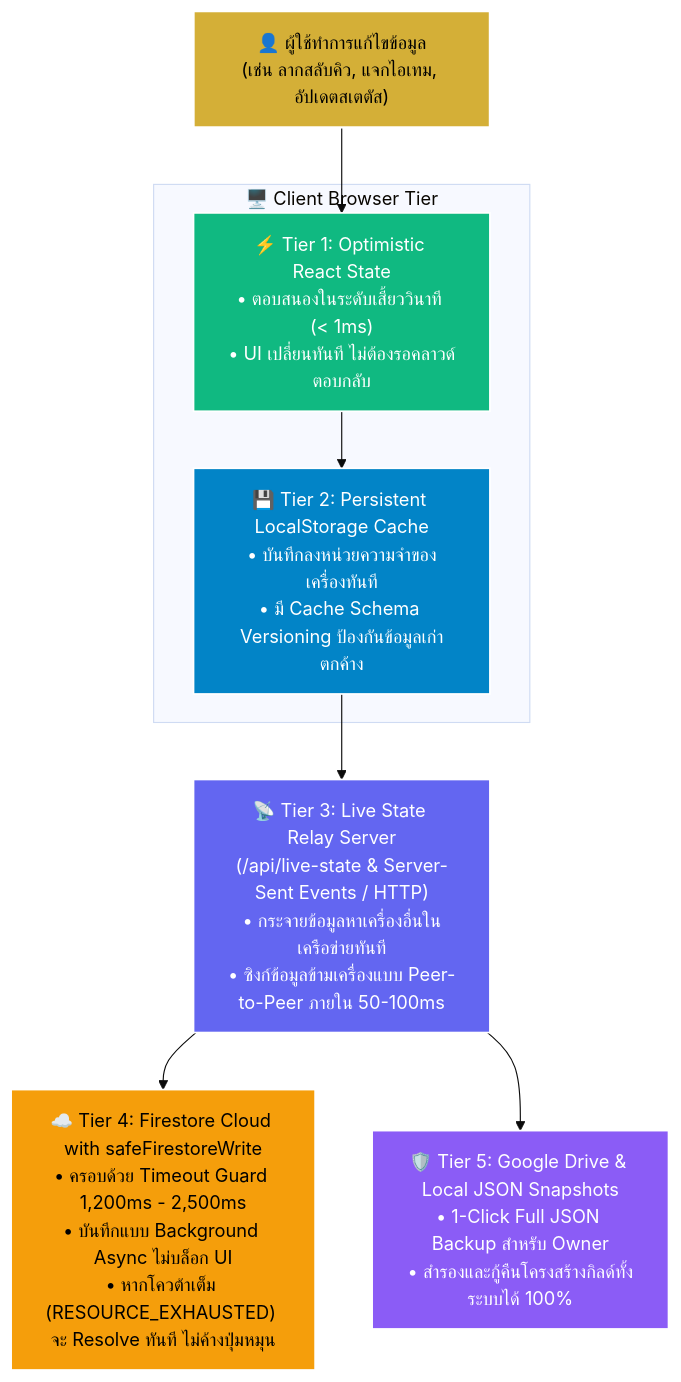
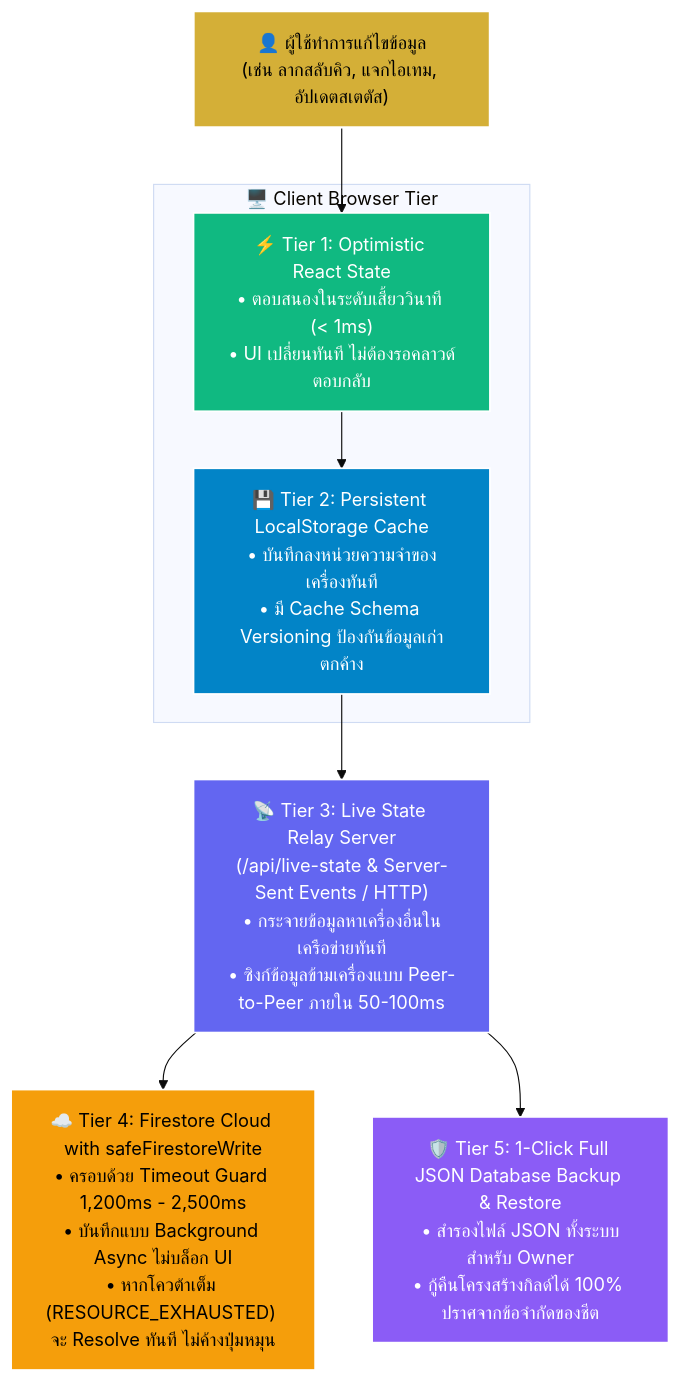
The diagram in ARCHITECTURE.md (tinnakornid2/lineage2m-k7-item-vault), drawn with Mermaid (base theme) before and after one commit. The commit also changed other lines of this file and 9 other files, not shown here.

Commit message:
refactor(backup): decouple Google Sheets and transition to pure Live Relay and JSON backup, bump v2.10.60

````diff
--- a/ARCHITECTURE.md
+++ b/ARCHITECTURE.md
@@ -12,22 +12,22 @@
 ```mermaid
 flowchart TD
     UserAction["👤 ผู้ใช้ทำการแก้ไขข้อมูล\n(เช่น ลากสลับคิว, แจกไอเทม, อัปเดตสเตตัส)"] --> Tier1
 
     subgraph Browser["🖥️ Client Browser Tier"]
         Tier1["⚡ Tier 1: Optimistic React State\n• ตอบสนองในระดับเสี้ยววินาที (< 1ms)\n• UI เปลี่ยนทันที ไม่ต้องรอคลาวด์ตอบกลับ"]
         Tier1 --> Tier2["💾 Tier 2: Persistent LocalStorage Cache\n• บันทึกลงหน่วยความจำของเครื่องทันที\n• มี Cache Schema Versioning ป้องกันข้อมูลเก่าตกค้าง"]
     end
 
     Tier2 --> Tier3["📡 Tier 3: Live State Relay Server\n(/api/live-state & Server-Sent Events / HTTP)\n• กระจายข้อมูลหาเครื่องอื่นในเครือข่ายทันที\n• ซิงก์ข้อมูลข้ามเครื่องแบบ Peer-to-Peer ภายใน 50-100ms"]
 
     Tier3 --> Tier4["☁️ Tier 4: Firestore Cloud with safeFirestoreWrite\n• ครอบด้วย Timeout Guard 1,200ms - 2,500ms\n• บันทึกแบบ Background Async ไม่บล็อก UI\n• หากโควต้าเต็ม (RESOURCE_EXHAUSTED) จะ Resolve ทันที ไม่ค้างปุ่มหมุน"]
 
-    Tier3 --> Tier5["🛡️ Tier 5: Google Drive & Local JSON Snapshots\n• 1-Click Full JSON Backup สำหรับ Owner\n• สำรองและกู้คืนโครงสร้างกิลด์ทั้งระบบได้ 100%"]
+    Tier3 --> Tier5["🛡️ Tier 5: 1-Click Full JSON Database Backup & Restore\n• สำรองไฟล์ JSON ทั้งระบบสำหรับ Owner\n• กู้คืนโครงสร้างกิลด์ได้ 100% ปราศจากข้อจำกัดของชีต"]
 
     style UserAction fill:#d4af37,stroke:#fff,stroke-width:2px,color:#000
     style Tier1 fill:#10b981,stroke:#fff,stroke-width:1.5px,color:#fff
     style Tier2 fill:#0284c7,stroke:#fff,stroke-width:1.5px,color:#fff
     style Tier3 fill:#6366f1,stroke:#fff,stroke-width:1.5px,color:#fff
     style Tier4 fill:#f59e0b,stroke:#fff,stroke-width:1.5px,color:#000
     style Tier5 fill:#8b5cf6,stroke:#fff,stroke-width:1.5px,color:#fff
 ```
````
